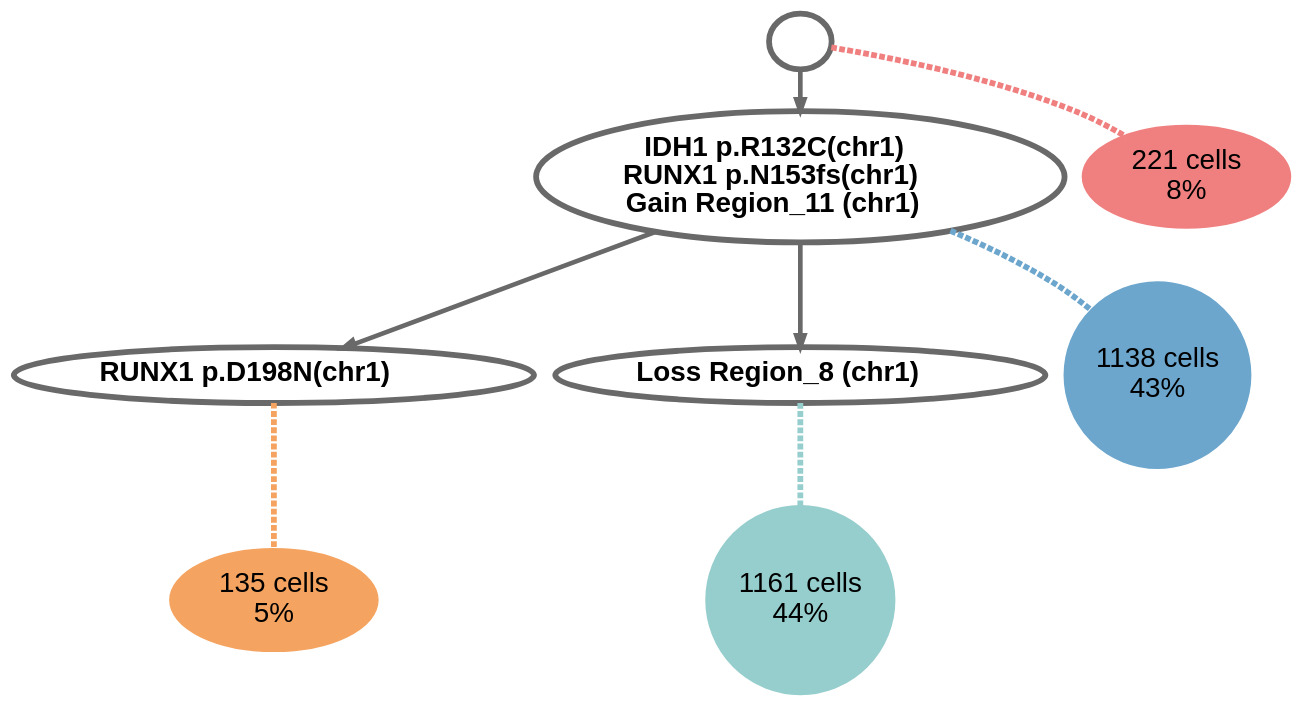
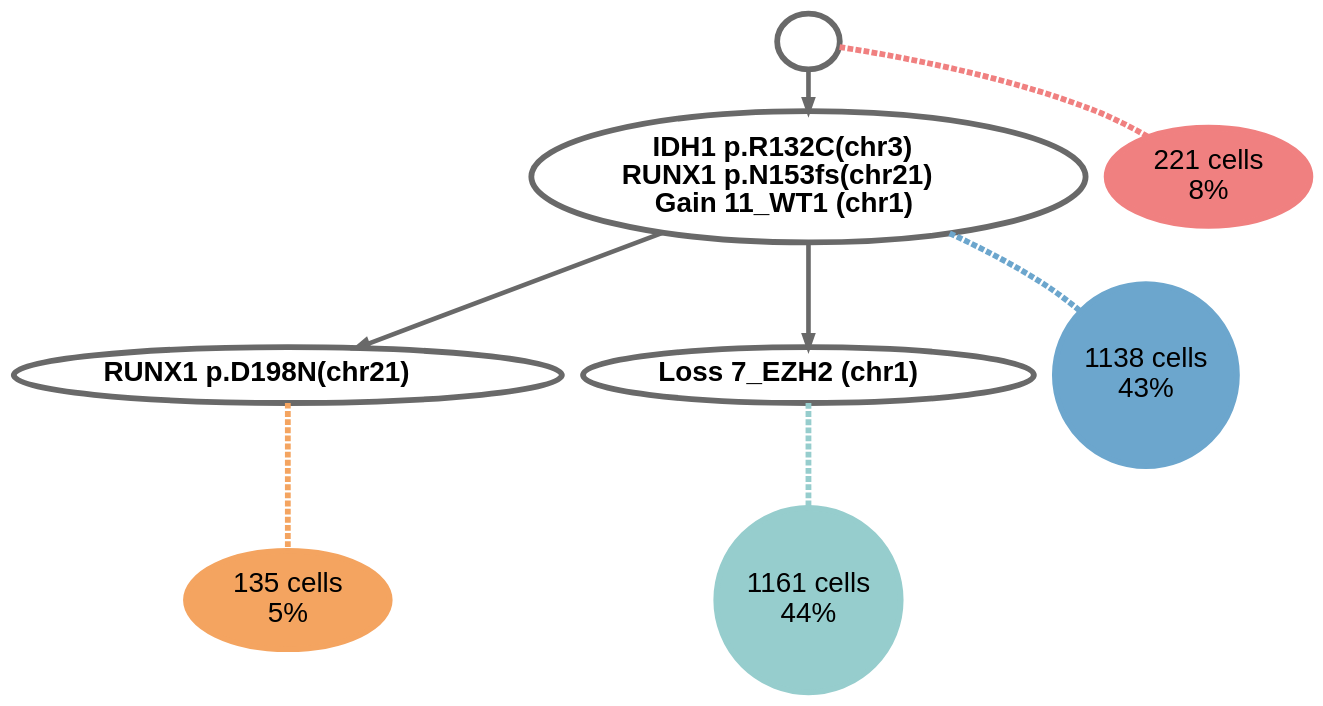
One commit to pawlakG/ScIGMA changed the diagram in results/compass_output/AML-59-001/AML-59-001_c8_l50_tree.gv. Above: the diagram before and after it, drawn with Graphviz. The commit also changed 144 other files, not shown here.

Commit message:
Fix chromosome label. Still bug on loss and gain chromosome anotation

```diff
--- a/results/compass_output/AML-59-001/AML-59-001_c8_l50_tree.gv
+++ b/results/compass_output/AML-59-001/AML-59-001_c8_l50_tree.gv
@@ -1,18 +1,18 @@
 digraph G{
 node [color=dimgray fontsize=24 fontcolor=black fontname=Helvetica penwidth=5];
 0 -> 1 [color=dimgray penwidth=4 weight=2];
 1 -> 2 [color=dimgray penwidth=4 weight=2];
 1 -> 3 [color=dimgray penwidth=4 weight=2];
 0[label=< >];
-1[label=<<B>IDH1 p.R132C(chr1)</B><br/><B>RUNX1 p.N153fs(chr1)</B><br/><B>Gain Region_11 (chr1)</B><br/>>];
-2[label=<<B>RUNX1 p.D198N(chr1)</B><br/>>];
-3[label=<<B>Loss Region_8 (chr1)</B><br/>>];
+1[label=<<B>IDH1 p.R132C(chr3)</B><br/><B>RUNX1 p.N153fs(chr21)</B><br/><B>Gain 11_WT1 (chr1)</B><br/>>];
+2[label=<<B>RUNX1 p.D198N(chr21)</B><br/>>];
+3[label=<<B>Loss 7_EZH2 (chr1)</B><br/>>];
 0 -> 4 [dir=none style=dashed weight=1 penwidth=5 color=lightcoral];
 1 -> 5 [dir=none style=dashed weight=1 penwidth=5 color=skyblue3];
 2 -> 6 [dir=none style=dashed weight=1 penwidth=5 color=sandybrown];
 3 -> 7 [dir=none style=dashed weight=1 penwidth=5 color=paleturquoise3];
 4[label="221 cells\n8\%" style = filled width=0.961707 height=0.961707 color=lightcoral];
 5[label="1138 cells\n43\%" style = filled width=2.18232 height=2.18232 color=skyblue3];
 6[label="135 cells\n5\%" style = filled width=0.751646 height=0.751646 color=sandybrown];
 7[label="1161 cells\n44\%" style = filled width=2.20426 height=2.20426 color=paleturquoise3];
 }
```
